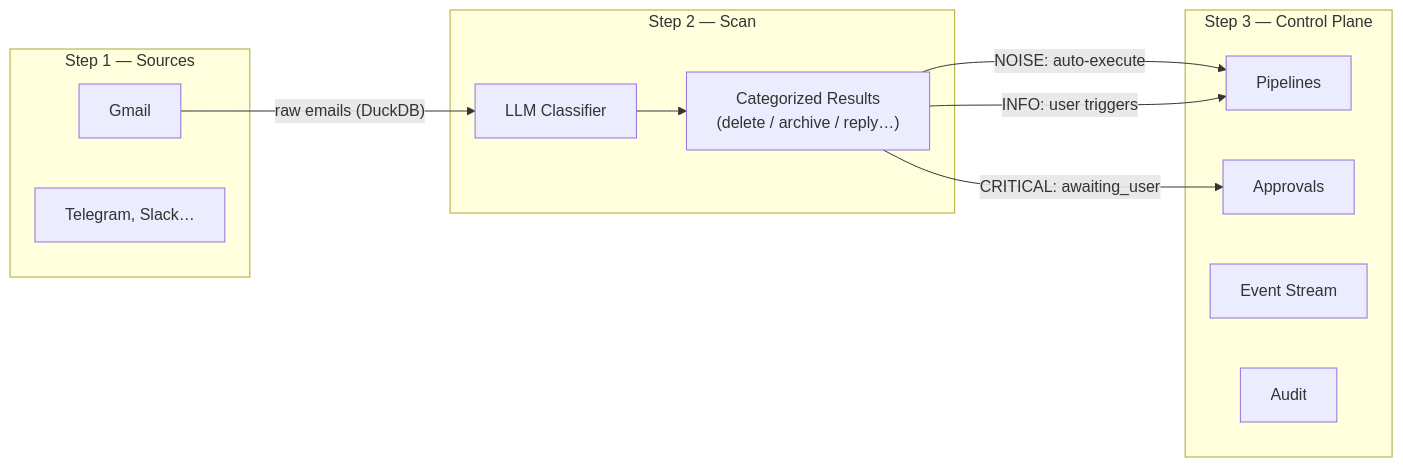
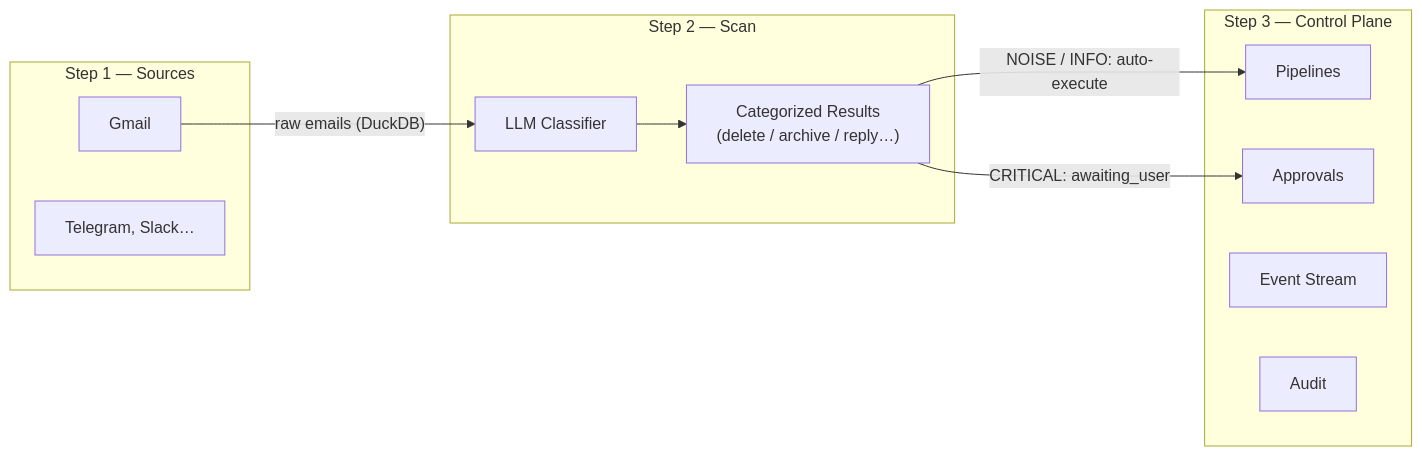
Before and after one commit to cypherkitty/me-ai: the first of 2 diagrams in .cursor/rules/architecture.md, drawn with Mermaid. The commit also changed other lines of this file and 114 other files, not shown here.

````diff
--- a/.cursor/rules/architecture.md
+++ b/.cursor/rules/architecture.md
@@ -15,23 +15,22 @@
 ```mermaid
 flowchart LR
     subgraph step1 [Step 1 — Sources]
         Gmail
         Future["Telegram, Slack…"]
     end
     subgraph step2 [Step 2 — Scan]
         LLM["LLM Classifier"]
         Results["Categorized Results\n(delete / archive / reply…)"]
     end
     subgraph step3 [Step 3 — Control Plane]
         Pipelines
         Approvals
         EventStream["Event Stream"]
         Audit
     end
 
     Gmail -->|"raw emails (DuckDB)"| LLM
     LLM --> Results
-    Results -->|"NOISE: auto-execute"| Pipelines
-    Results -->|"INFO: user triggers"| Pipelines
+    Results -->|"NOISE / INFO: auto-execute"| Pipelines
     Results -->|"CRITICAL: awaiting_user"| Approvals
 ```
````
